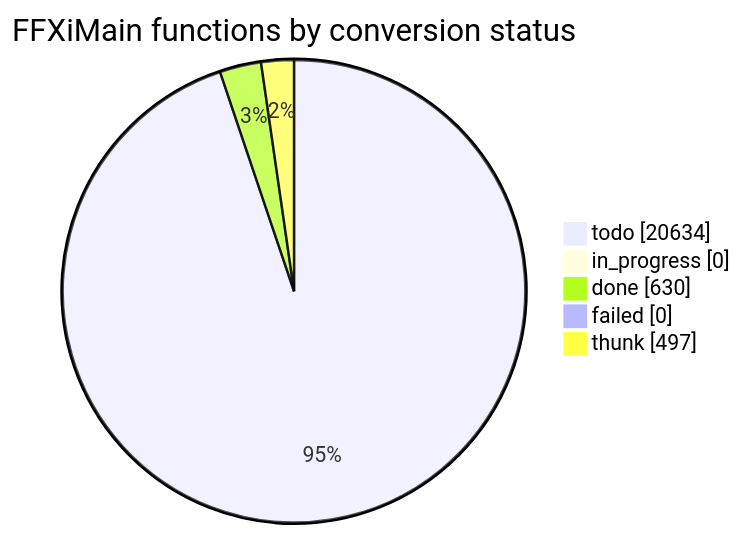
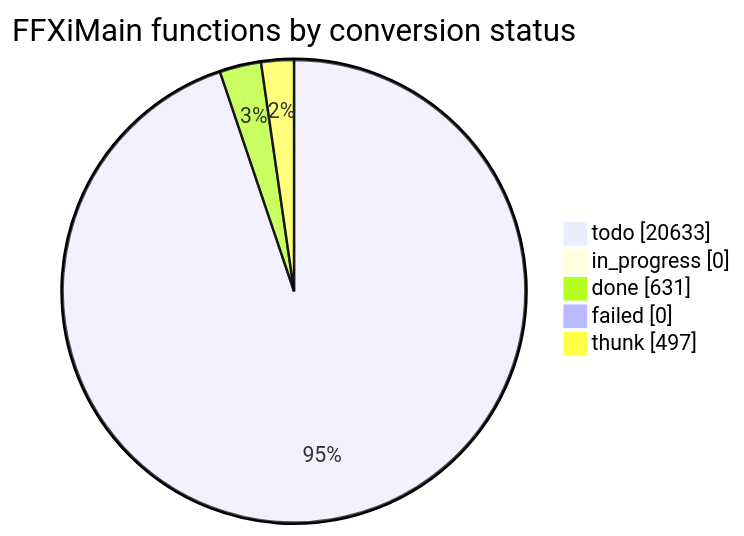
Before and after one commit to cowrevenge/cow_kuluu_xi_anything: the diagram in docs/cow/STATUS.md, drawn with Mermaid. The commit also changed other lines of this file and 9 other files, not shown here.

````diff
--- a/docs/cow/STATUS.md
+++ b/docs/cow/STATUS.md
@@ -18,9 +18,9 @@
 ```mermaid
 pie showData
     title FFXiMain functions by conversion status
-    "todo" : 20634
+    "todo" : 20633
     "in_progress" : 0
-    "done" : 630
+    "done" : 631
     "failed" : 0
     "thunk" : 497
 ```
````
